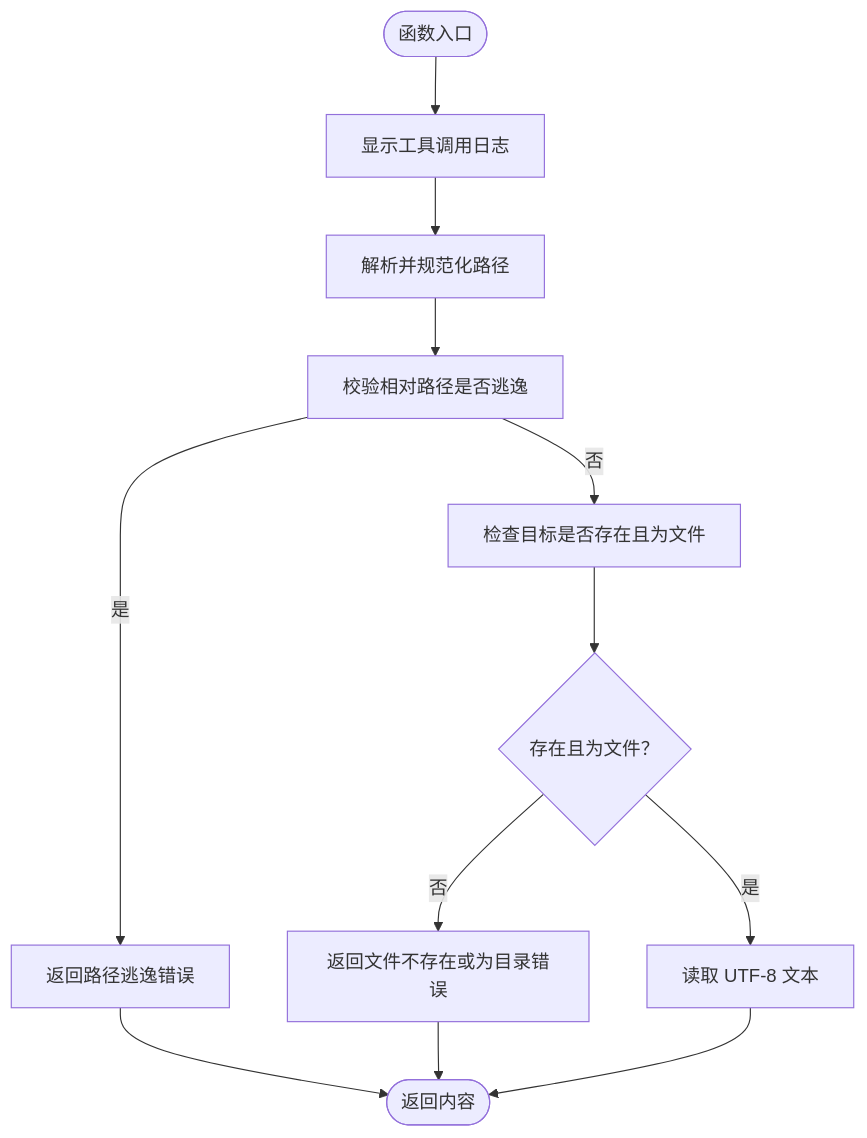
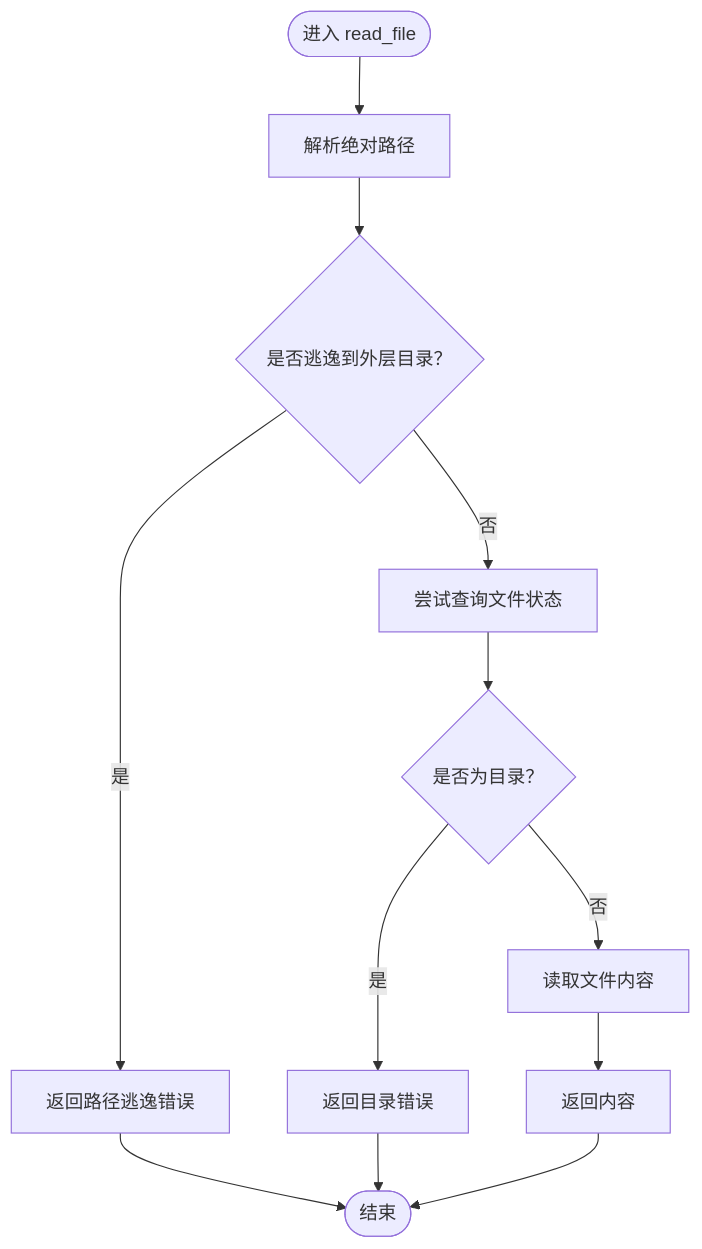
The third of 7 diagrams in .qoder/repowiki/zh/content/工具系统/工具系统.md (HAOFUYANG/onion-code), drawn with Mermaid before and after one commit. The commit also changed other lines of this file and 58 other files, not shown here.

````diff
--- a/.qoder/repowiki/zh/content/工具系统/工具系统.md
+++ b/.qoder/repowiki/zh/content/工具系统/工具系统.md
@@ -205,14 +149,14 @@
 ```mermaid
 flowchart TD
-Start(["函数入口"]) --> Log["显示工具调用日志"]
-Log --> Resolve["解析并规范化路径"]
-Resolve --> CheckRel["校验相对路径是否逃逸"]
-CheckRel --> |是| ErrPath["返回路径逃逸错误"]
-CheckRel --> |否| Stat["检查目标是否存在且为文件"]
-Stat --> Exists{"存在且为文件？"}
-Exists --> |否| ErrType["返回文件不存在或为目录错误"]
-Exists --> |是| Read["读取 UTF-8 文本"]
-Read --> Done(["返回内容"])
-ErrPath --> Done
-ErrType --> Done
+Start(["进入 read_file"]) --> Resolve["解析绝对路径"]
+Resolve --> CheckEscape{"是否逃逸到外层目录？"}
+CheckEscape --> |是| ErrEscape["返回路径逃逸错误"]
+CheckEscape --> |否| Stat["尝试查询文件状态"]
+Stat --> IsDir{"是否为目录？"}
+IsDir --> |是| ErrIsDir["返回目录错误"]
+IsDir --> |否| Read["读取文件内容"]
+Read --> Ok["返回内容"]
+ErrEscape --> End(["结束"])
+ErrIsDir --> End
+Ok --> End
 ```
````
